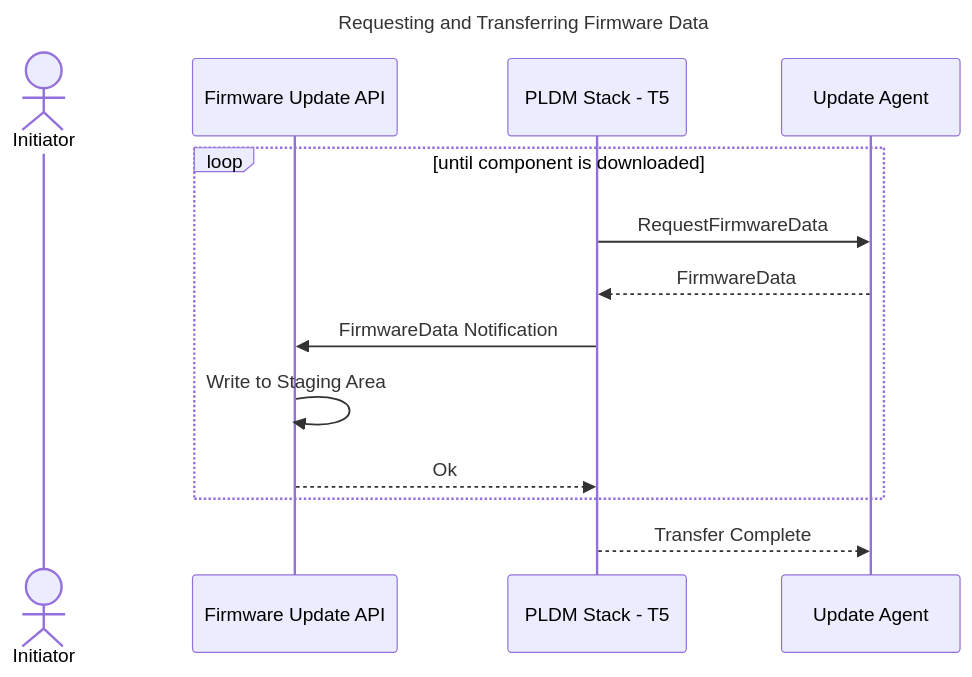
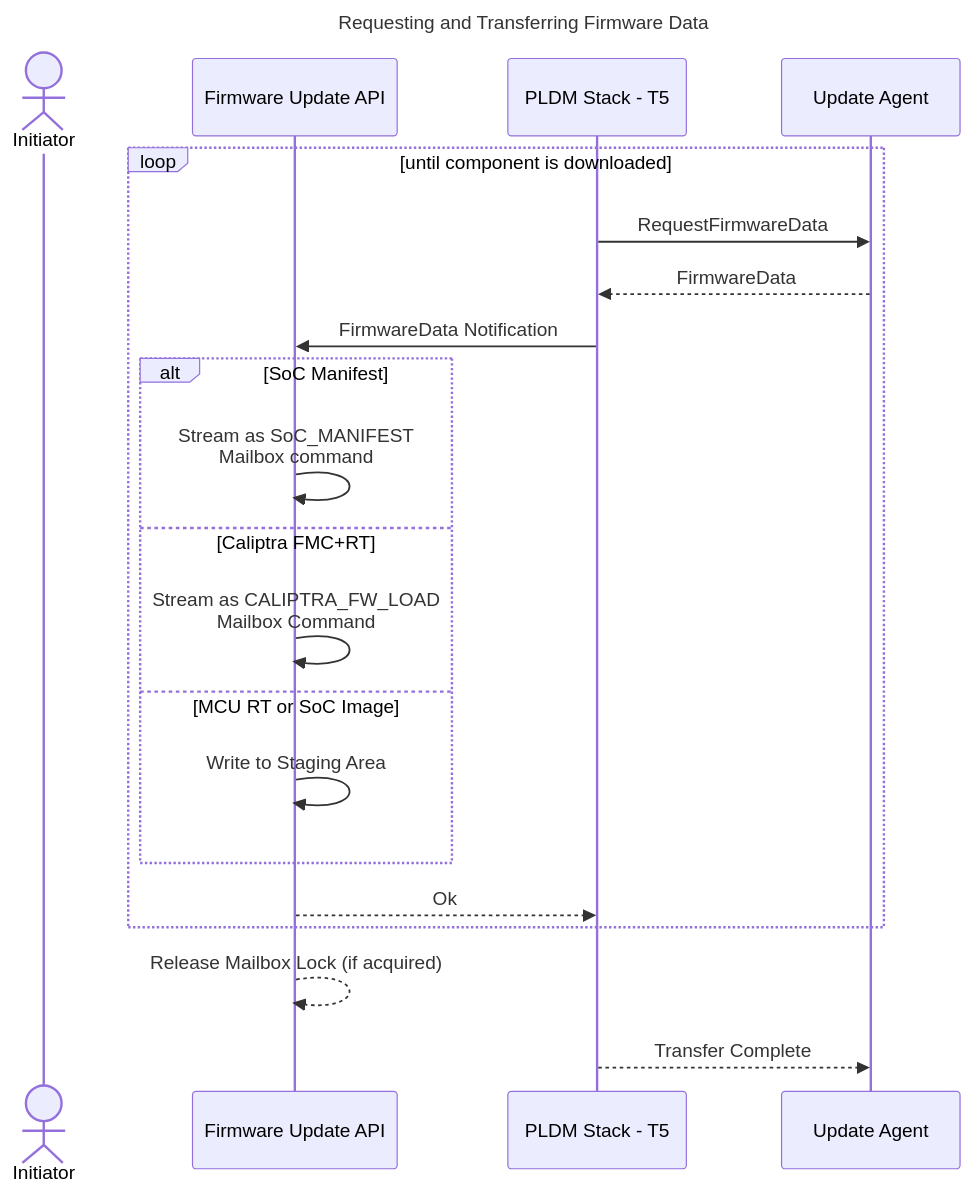
Before and after one commit to chipsalliance/caliptra-mcu-sw: the sixth of 9 diagrams in docs/src/firmware_update.md, drawn with Mermaid. The commit also changed other lines of this file and 905 other files, not shown here.

````diff
--- a/docs/src/firmware_update.md
+++ b/docs/src/firmware_update.md
@@ -109,19 +117,28 @@
 ```mermaid
 sequenceDiagram
     title Requesting and Transferring Firmware Data
 
     actor App as Initiator
     participant API as Firmware Update API
     participant Firmware as PLDM Stack - T5
     participant PLDM as Update Agent
 
     loop until component is downloaded
         Firmware->>PLDM: RequestFirmwareData
         PLDM-->>Firmware: FirmwareData
         Firmware->>API: FirmwareData Notification
-        API->>API: Write to Staging Area
+
+        alt SoC Manifest
+            API->>API: Stream as SoC_MANIFEST<br/>Mailbox command
+        else Caliptra FMC+RT
+            API->>API: Stream as CALIPTRA_FW_LOAD<br/>Mailbox Command
+        else MCU RT or SoC Image
+            API->>API: Write to Staging Area
+        end
         API-->>Firmware: Ok
     end
 
+    API-->>API: Release Mailbox Lock (if acquired)
+
     Firmware-->>PLDM: Transfer Complete
 ```
````
